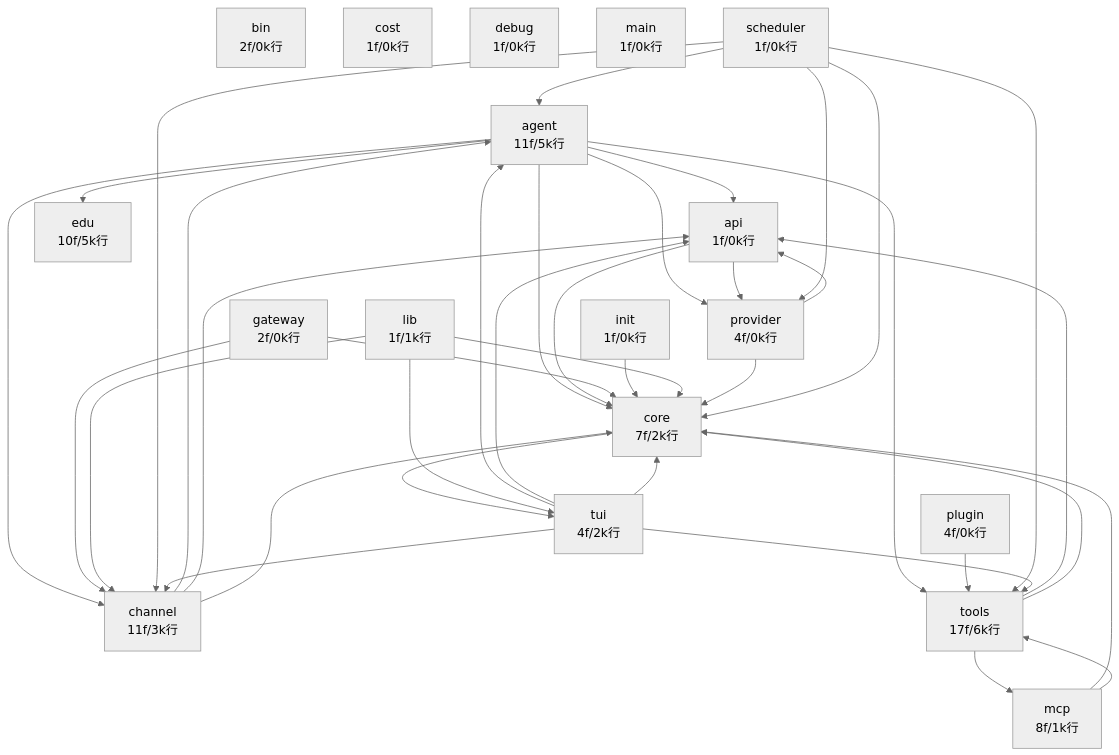
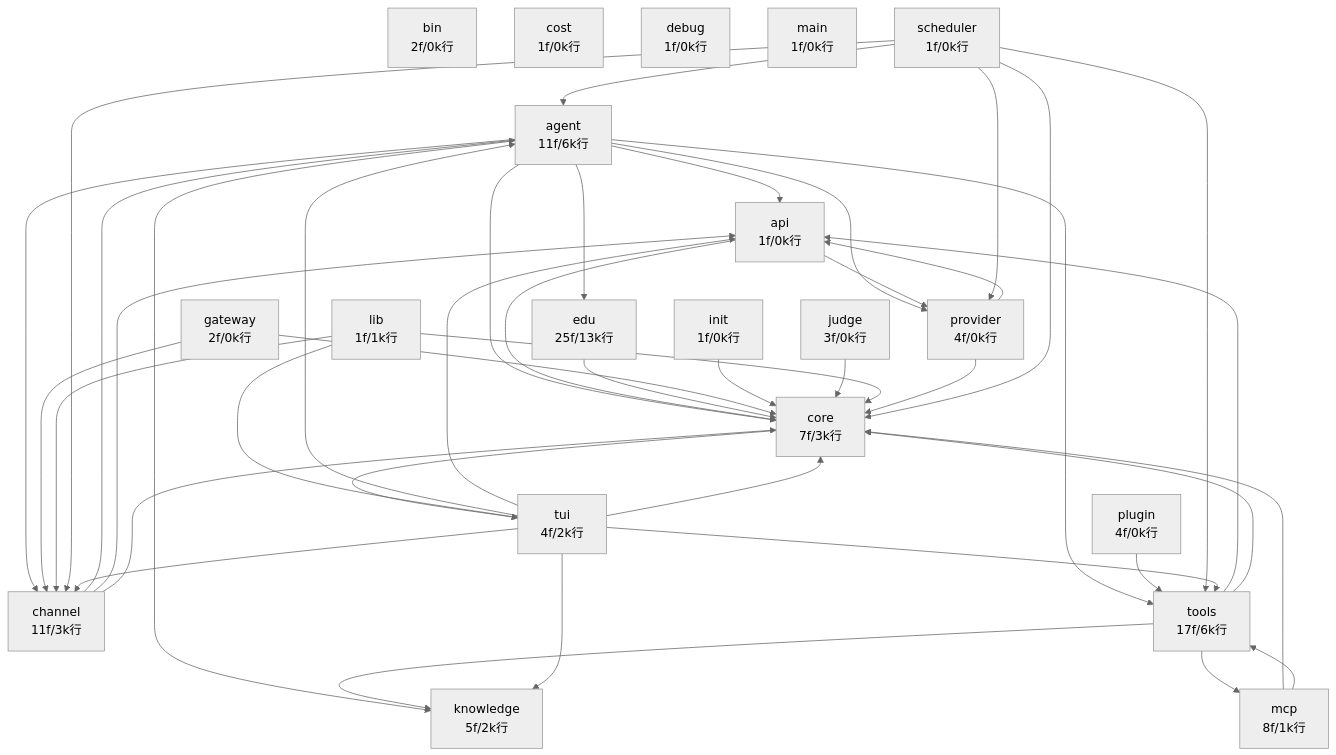
One commit to vbgood-cloud/RHermes changed the diagram in docs/codegraph.md. Above: the diagram before and after it, drawn with Mermaid (neutral theme). The commit also changed other lines of this file and 37 other files, not shown here.

````diff
--- a/docs/codegraph.md
+++ b/docs/codegraph.md
@@ -17,58 +17,65 @@
 ```mermaid
 graph TD
-    agent["agent<br/>11f/5k行"]
+    agent["agent<br/>11f/6k行"]
     api["api<br/>1f/0k行"]
     bin["bin<br/>2f/0k行"]
     channel["channel<br/>11f/3k行"]
-    core["core<br/>7f/2k行"]
+    core["core<br/>7f/3k行"]
     cost["cost<br/>1f/0k行"]
     debug["debug<br/>1f/0k行"]
-    edu["edu<br/>10f/5k行"]
+    edu["edu<br/>25f/13k行"]
     gateway["gateway<br/>2f/0k行"]
     init["init<br/>1f/0k行"]
+    judge["judge<br/>3f/0k行"]
+    knowledge["knowledge<br/>5f/2k行"]
     lib["lib<br/>1f/1k行"]
     main["main<br/>1f/0k行"]
     mcp["mcp<br/>8f/1k行"]
     plugin["plugin<br/>4f/0k行"]
     provider["provider<br/>4f/0k行"]
     scheduler["scheduler<br/>1f/0k行"]
     tools["tools<br/>17f/6k行"]
     tui["tui<br/>4f/2k行"]
 
     agent --> api
     agent --> channel
     agent --> core
     agent --> edu
+    agent --> knowledge
     agent --> provider
     agent --> tools
     api --> core
     api --> provider
     channel --> agent
     channel --> api
     channel --> core
     core --> tui
+    edu --> core
     gateway --> channel
     gateway --> core
     init --> core
+    judge --> core
     lib --> channel
     lib --> core
     lib --> tui
     mcp --> core
     mcp --> tools
     plugin --> tools
     provider --> api
     provider --> core
     scheduler --> agent
     scheduler --> channel
     scheduler --> core
     scheduler --> provider
     scheduler --> tools
     tools --> api
     tools --> core
+    tools --> knowledge
     tools --> mcp
     tui --> agent
     tui --> api
     tui --> channel
     tui --> core
+    tui --> knowledge
     tui --> tools
 ```
````
